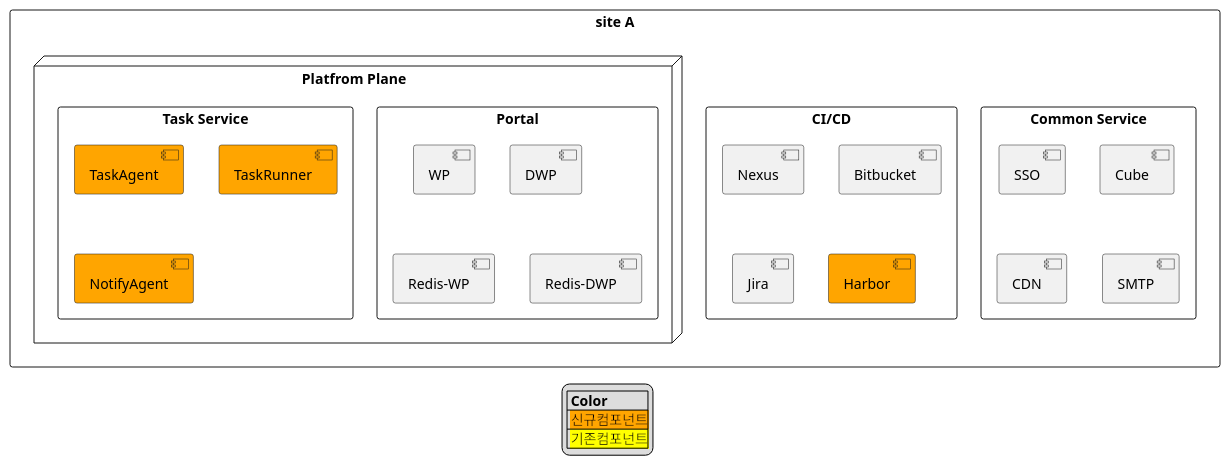
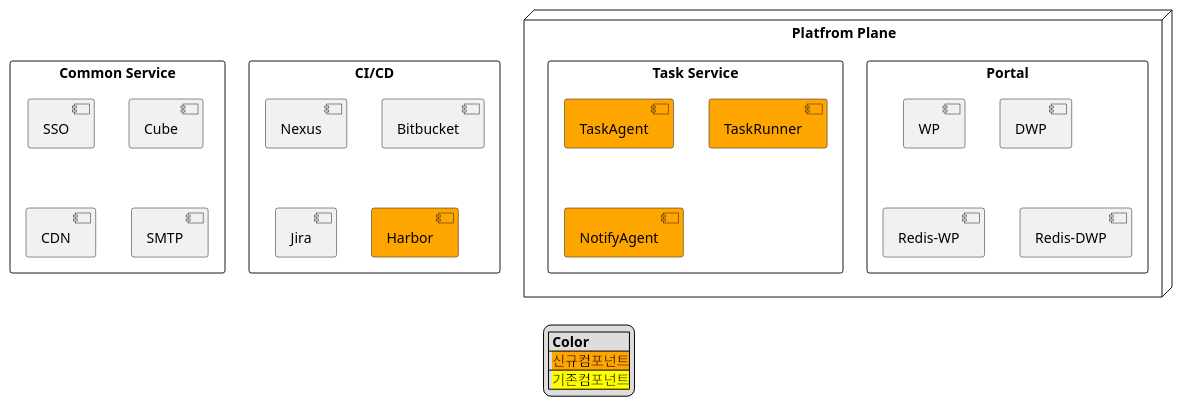
Before and after one commit to htdp1/am-arch: the first of 13 diagrams in docs/src/multi-cloud/diagram.md, drawn with PlantUML.

Commit message:
modify diagram 1427

```diff
--- a/docs/src/multi-cloud/diagram.md
+++ b/docs/src/multi-cloud/diagram.md
@@ -17,37 +17,35 @@
 @startuml
 
 legend
     |= Color |
     | <size:14><back:#Orange>신규컴포넌트</back></size>|
     | <size:14><back:#Yellow>기존컴포넌트</back></size>|
 endlegend
 
-rectangle "site A" as a {
-    rectangle "Common Service" as comm {
-        [SSO] as sso
-        [Cube] as cube
-        [CDN] as cdn
-        [SMTP] as smtp
+rectangle "Common Service" as comm {
+    [SSO] as sso
+    [Cube] as cube
+    [CDN] as cdn
+    [SMTP] as smtp
+}
+rectangle "CI/CD" as cicd {
+    [Nexus] as nexus
+    [Bitbucket] as bitbucket
+    [Jira] as jira
+    [Harbor] as harbor #orange
+}
+node "Platfrom Plane" as hcp {
+    rectangle "Portal" as portal {
+        [WP] as wp
+        [DWP] as dwp
+        [Redis-WP] as rediswp
+        [Redis-DWP] as redisdwp
     }
-    rectangle "CI/CD" as cicd {
-        [Nexus] as nexus
-        [Bitbucket] as bitbucket
-        [Jira] as jira
-        [Harbor] as harbor #orange
-    }
-    node "Platfrom Plane" as hcp {
-        rectangle "Portal" as portal {
-            [WP] as wp
-            [DWP] as dwp
-            [Redis-WP] as rediswp
-            [Redis-DWP] as redisdwp
-        }
-        rectangle "Task Service" as task {
-            [TaskAgent] as taskagent #orange
-            [TaskRunner] as taskrunner #orange
-            [NotifyAgent] as notifyagent #orange
-        }
+    rectangle "Task Service" as task {
+        [TaskAgent] as taskagent #orange
+        [TaskRunner] as taskrunner #orange
+        [NotifyAgent] as notifyagent #orange
     }
 }
 
 @enduml
```
